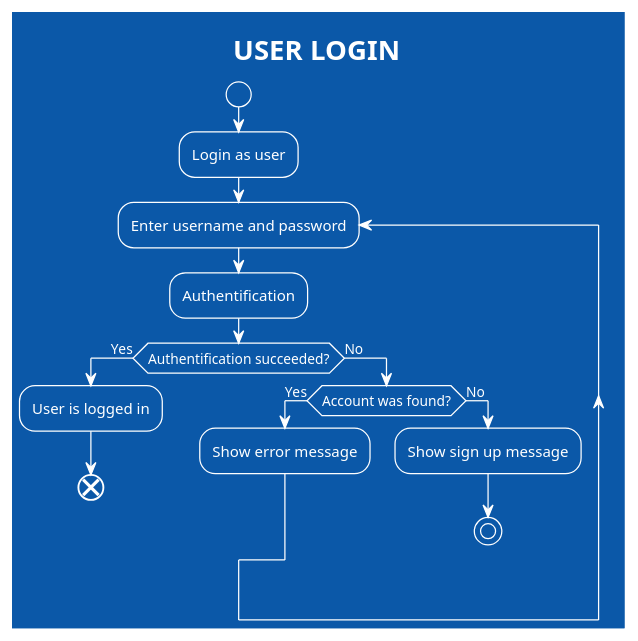
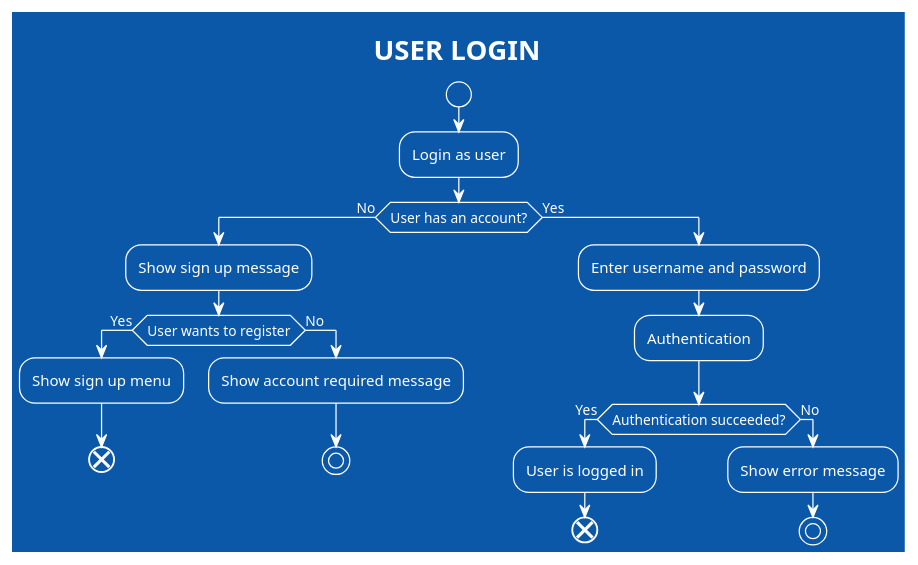
One commit to Gabe-Alvess/LibraryAppDiagrams changed the first of 7 diagrams in flowcharts/flowchart-diagrams.md. Above: the diagram before and after it, drawn with PlantUML. The commit also changed other lines of this file and 4 other files, not shown here.

````diff
--- a/flowcharts/flowchart-diagrams.md
+++ b/flowcharts/flowchart-diagrams.md
@@ -1,24 +1,33 @@
 ```plantuml
 
 @startuml
 
 !theme amiga
 title USER LOGIN
 
 start
 :Login as user;
-repeat:Enter username and password;
-:Authentification;
-if(Authentification succeeded?) then (Yes)
-:User is logged in;
-end
-else (No)
-if (Account was found?) then (Yes)
-:Show error message;
-else (No)
-:Show sign up message;
-stop
+if (User has an account?) then (No)
+    :Show sign up message;
+        if (User wants to register) then (Yes)
+            :Show sign up menu;
+            end
+        else (No)
+            :Show account required message;
+            stop
+        endif
+else (Yes)
+    :Enter username and password;
+    :Authentication;
+    if(Authentication succeeded?) then (Yes)
+        :User is logged in;
+        end
+    else (No)
+        :Show error message;
+        stop
+    endif
+endif
 
 @enduml
 
 ```
````
